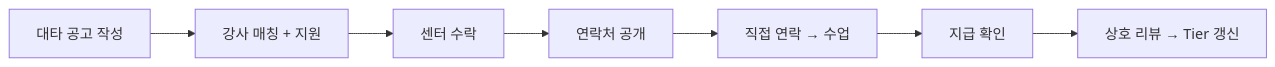
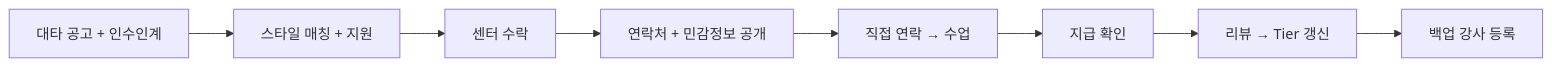
Before and after one commit to MaduJoe/PilaMatch: the first of 2 diagrams in README.md, drawn with Mermaid. The commit also changed other lines of this file and 50 other files, not shown here.

````diff
--- a/README.md
+++ b/README.md
@@ -59,9 +65,10 @@
 ```mermaid
 flowchart LR
-    A[대타 공고 작성] --> B[강사 매칭 + 지원]
+    A[대타 공고 + 인수인계] --> B[스타일 매칭 + 지원]
     B --> C[센터 수락]
-    C --> D[연락처 공개]
+    C --> D[연락처 + 민감정보 공개]
     D --> E[직접 연락 → 수업]
     E --> F[지급 확인]
-    F --> G[상호 리뷰 → Tier 갱신]
+    F --> G[리뷰 → Tier 갱신]
+    G --> H[백업 강사 등록]
 ```
````
